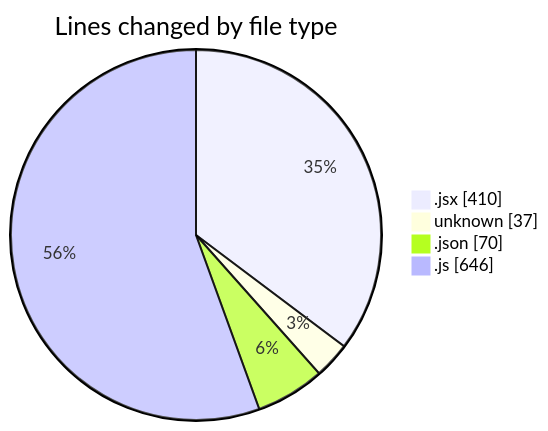
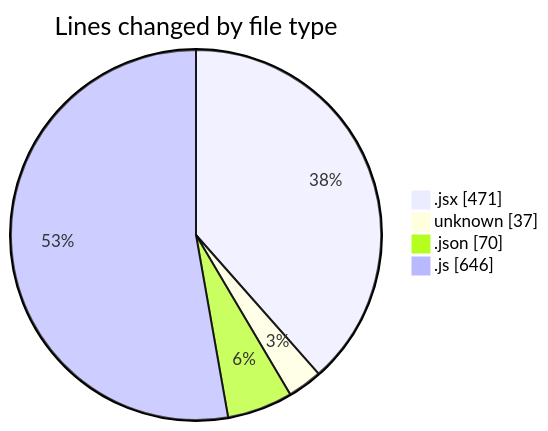
The first of 2 diagrams in 2025-02-08/react_ecom/README.md (Elitesun/code-tracking), drawn with Mermaid before and after one commit. The commit also changed other lines of this file and 1 other file, not shown here.

````diff
--- a/2025-02-08/react_ecom/README.md
+++ b/2025-02-08/react_ecom/README.md
@@ -27,8 +28,8 @@
 ```mermaid
 pie showData
 title Lines changed by file type
-".jsx" : 410
+".jsx" : 471
 "unknown" : 37
 ".json" : 70
 ".js" : 646
 ```
````
